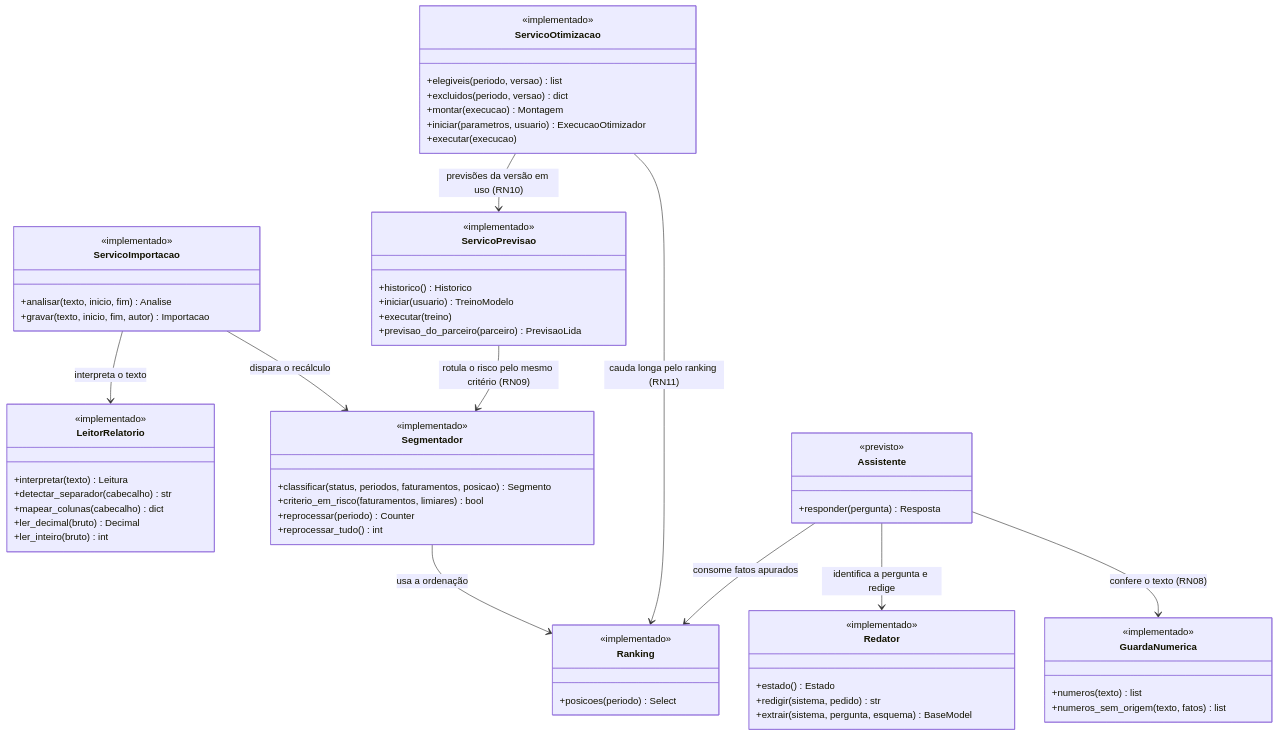
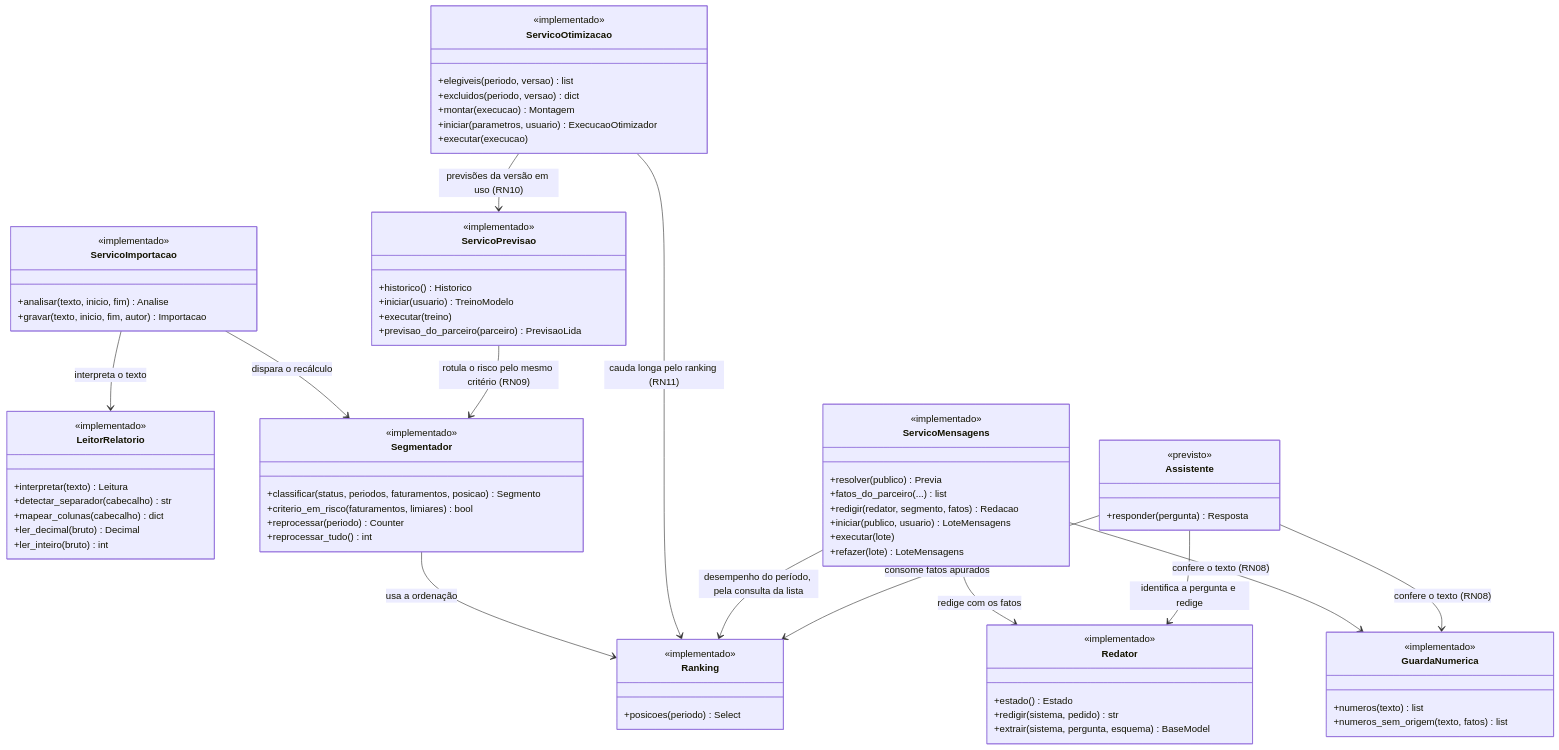
Before and after one commit to PedroMiranda243/gih-fabrica-de-software: the sixth of 8 diagrams in docs/10-diagrama-de-classes.md, drawn with Mermaid. The commit also changed other lines of this file and 4 other files, not shown here.

```diff
--- a/docs/10-diagrama-de-classes.md
+++ b/docs/10-diagrama-de-classes.md
@@ -520,6 +539,16 @@
         +numeros_sem_origem(texto, fatos) list
     }
 
+    class ServicoMensagens {
+        <<implementado>>
+        +resolver(publico) Previa
+        +fatos_do_parceiro(...) list
+        +redigir(redator, segmento, fatos) Redacao
+        +iniciar(publico, usuario) LoteMensagens
+        +executar(lote)
+        +refazer(lote) LoteMensagens
+    }
+
     class Assistente {
         <<previsto>>
         +responder(pergunta) Resposta
@@ -531,6 +560,9 @@
     ServicoPrevisao --> Segmentador : rotula o risco pelo mesmo critério (RN09)
     ServicoOtimizacao --> Ranking : cauda longa pelo ranking (RN11)
     ServicoOtimizacao --> ServicoPrevisao : previsões da versão em uso (RN10)
+    ServicoMensagens --> Ranking : desempenho do período, pela consulta da lista
+    ServicoMensagens --> Redator : redige com os fatos
+    ServicoMensagens --> GuardaNumerica : confere o texto (RN08)
     Assistente --> Ranking : consome fatos apurados
     Assistente --> Redator : identifica a pergunta e redige
     Assistente --> GuardaNumerica : confere o texto (RN08)
```
